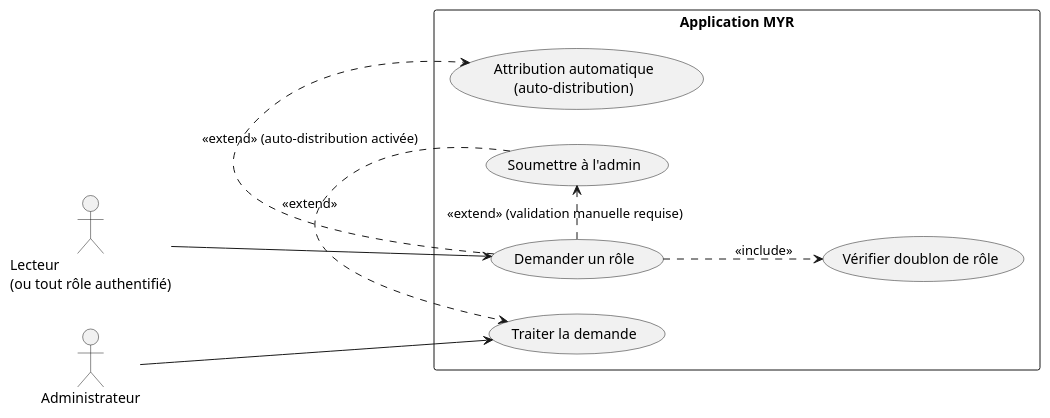
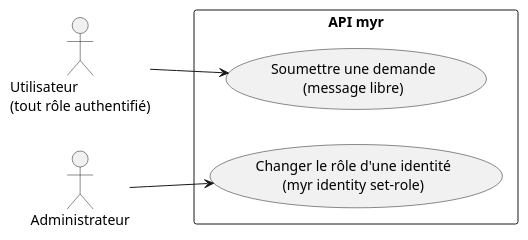
One commit to olivaux/myr changed the first of 2 diagrams in specs/2-Analyse/UCA-Compte_et_Acces/UCA08.md. Above: the diagram before and after it, drawn with PlantUML. The commit also changed other lines of this file and 72 other files, not shown here.

````diff
--- a/specs/2-Analyse/UCA-Compte_et_Acces/UCA08.md
+++ b/specs/2-Analyse/UCA-Compte_et_Acces/UCA08.md
@@ -14,24 +14,17 @@
 ```plantuml
 @startuml
 left to right direction
 
-actor "Lecteur\n(ou tout rôle authentifié)" as U
+actor "Utilisateur\n(tout rôle authentifié)" as U
 actor "Administrateur" as ADM
 
-rectangle "Application MYR" {
-    usecase "Demander un rôle" as UC1
-    usecase "Vérifier doublon de rôle" as UC2
-    usecase "Attribution automatique\n(auto-distribution)" as UC3
-    usecase "Soumettre à l'admin" as UC4
-    usecase "Traiter la demande" as UC5
+rectangle "API myr" {
+    usecase "Soumettre une demande\n(message libre)" as UC1
+    usecase "Changer le rôle d'une identité\n(myr identity set-role)" as UC2
 }
 
 U --> UC1
-UC1 ..> UC2 : <<include>>
-UC1 .> UC3 : <<extend>> (auto-distribution activée)
-UC1 .> UC4 : <<extend>> (validation manuelle requise)
-ADM --> UC5
-UC4 .> UC5 : <<extend>>
+ADM --> UC2
 
 @enduml
 ```
````
